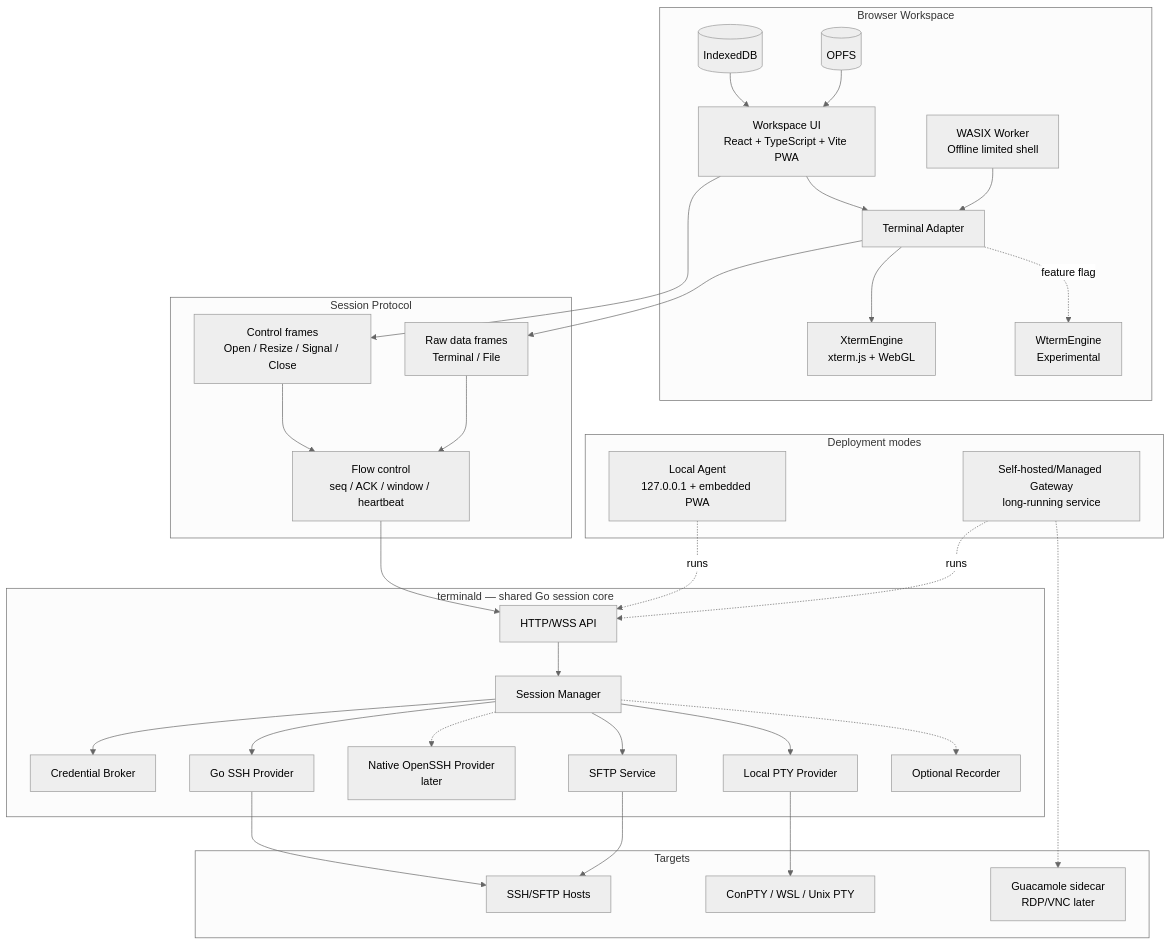
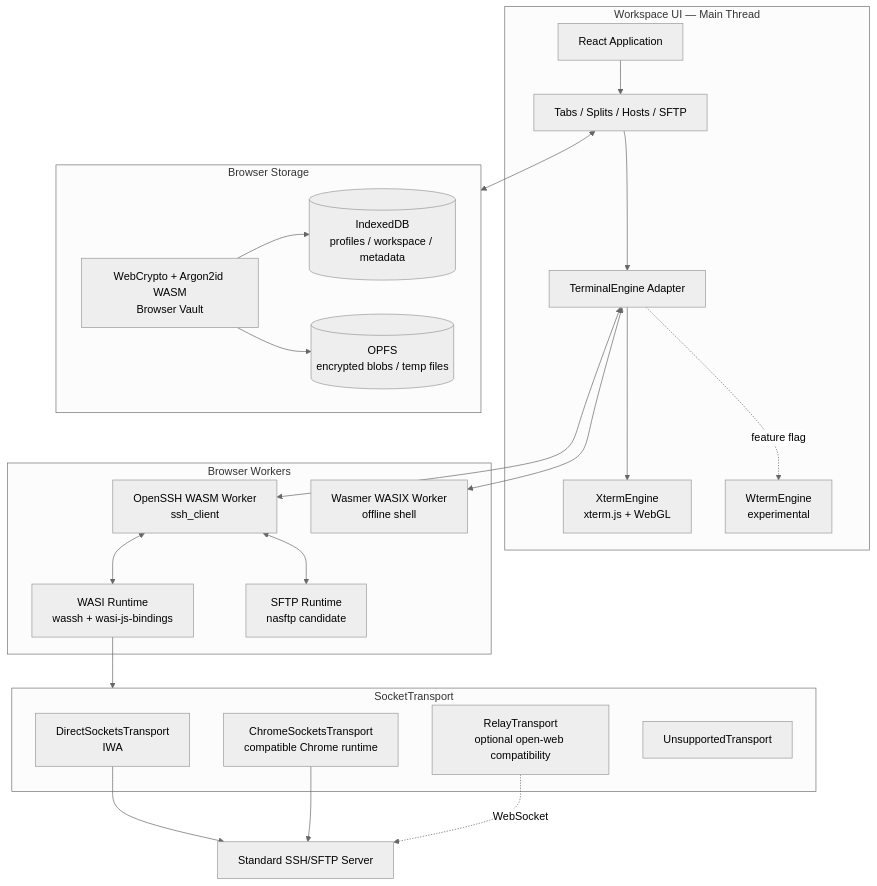
One commit to tianrking/oh_myssh changed the first of 2 diagrams in docs/ARCHITECTURE_AND_ROADMAP.md. Above: the diagram before and after it, drawn with Mermaid (neutral theme). The commit also changed other lines of this file and 2 other files, not shown here.

Commit message:
docs: correct architecture to pure frontend

````diff
--- a/docs/ARCHITECTURE_AND_ROADMAP.md
+++ b/docs/ARCHITECTURE_AND_ROADMAP.md
@@ -36,65 +49,46 @@
 ```mermaid
 flowchart TB
-  subgraph Browser["Browser Workspace"]
-    UI["Workspace UI<br/>React + TypeScript + Vite PWA"]
-    TAD["Terminal Adapter"]
+  subgraph UI["Workspace UI — Main Thread"]
+    APP["React Application"]
+    WORK["Tabs / Splits / Hosts / SFTP"]
+    TAD["TerminalEngine Adapter"]
     XTERM["XtermEngine<br/>xterm.js + WebGL"]
-    WTERM["WtermEngine<br/>Experimental"]
-    WASIX["WASIX Worker<br/>Offline limited shell"]
-    DB[("IndexedDB")]
-    FS[("OPFS")]
-    UI --> TAD
+    WTERM["WtermEngine<br/>experimental"]
+    APP --> WORK
+    WORK --> TAD
     TAD --> XTERM
     TAD -. feature flag .-> WTERM
-    WASIX --> TAD
-    DB --> UI
-    FS --> UI
   end
 
-  subgraph Protocol["Session Protocol"]
-    CTRL["Control frames<br/>Open / Resize / Signal / Close"]
-    DATA["Raw data frames<br/>Terminal / File"]
-    FLOW["Flow control<br/>seq / ACK / window / heartbeat"]
-    CTRL --> FLOW
-    DATA --> FLOW
+  subgraph Workers["Browser Workers"]
+    SSH["OpenSSH WASM Worker<br/>ssh_client"]
+    WASSH["WASI Runtime<br/>wassh + wasi-js-bindings"]
+    SFTP["SFTP Runtime<br/>nasftp candidate"]
+    WASIX["Wasmer WASIX Worker<br/>offline shell"]
+    SSH <--> WASSH
+    SSH <--> SFTP
   end
 
-  subgraph Terminald["terminald — shared Go session core"]
-    API["HTTP/WSS API"]
-    SESS["Session Manager"]
-    CRED["Credential Broker"]
-    SSH["Go SSH Provider"]
-    NATIVE["Native OpenSSH Provider<br/>later"]
-    SFTP["SFTP Service"]
-    PTY["Local PTY Provider"]
-    REC["Optional Recorder"]
-    API --> SESS
-    SESS --> CRED
-    SESS --> SSH
-    SESS -.-> NATIVE
-    SESS --> SFTP
-    SESS --> PTY
-    SESS -.-> REC
+  subgraph SocketLayer["SocketTransport"]
+    DIRECT["DirectSocketsTransport<br/>IWA"]
+    CHROME["ChromeSocketsTransport<br/>compatible Chrome runtime"]
+    RELAY["RelayTransport<br/>optional open-web compatibility"]
+    UNSUP["UnsupportedTransport"]
   end
 
-  subgraph Deploy["Deployment modes"]
-    LOCAL["Local Agent<br/>127.0.0.1 + embedded PWA"]
-    CLOUD["Self-hosted/Managed Gateway<br/>long-running service"]
+  subgraph Storage["Browser Storage"]
+    DB[("IndexedDB<br/>profiles / workspace / metadata")]
+    OPFS[("OPFS<br/>encrypted blobs / temp files")]
+    CRYPTO["WebCrypto + Argon2id WASM<br/>Browser Vault"]
   end
 
-  subgraph Targets["Targets"]
-    HOST["SSH/SFTP Hosts"]
-    LPTY["ConPTY / WSL / Unix PTY"]
-    GUAC["Guacamole sidecar<br/>RDP/VNC later"]
-  end
-
-  UI --> CTRL
-  TAD --> DATA
-  FLOW --> API
-  LOCAL -. runs .-> API
-  CLOUD -. runs .-> API
-  SSH --> HOST
-  SFTP --> HOST
-  PTY --> LPTY
-  CLOUD -.-> GUAC
+  TAD <--> SSH
+  TAD <--> WASIX
+  WASSH --> SocketLayer
+  WORK <--> Storage
+  CRYPTO --> DB
+  CRYPTO --> OPFS
+  DIRECT --> HOST["Standard SSH/SFTP Server"]
+  CHROME --> HOST
+  RELAY -. WebSocket .-> HOST
 ```
````
